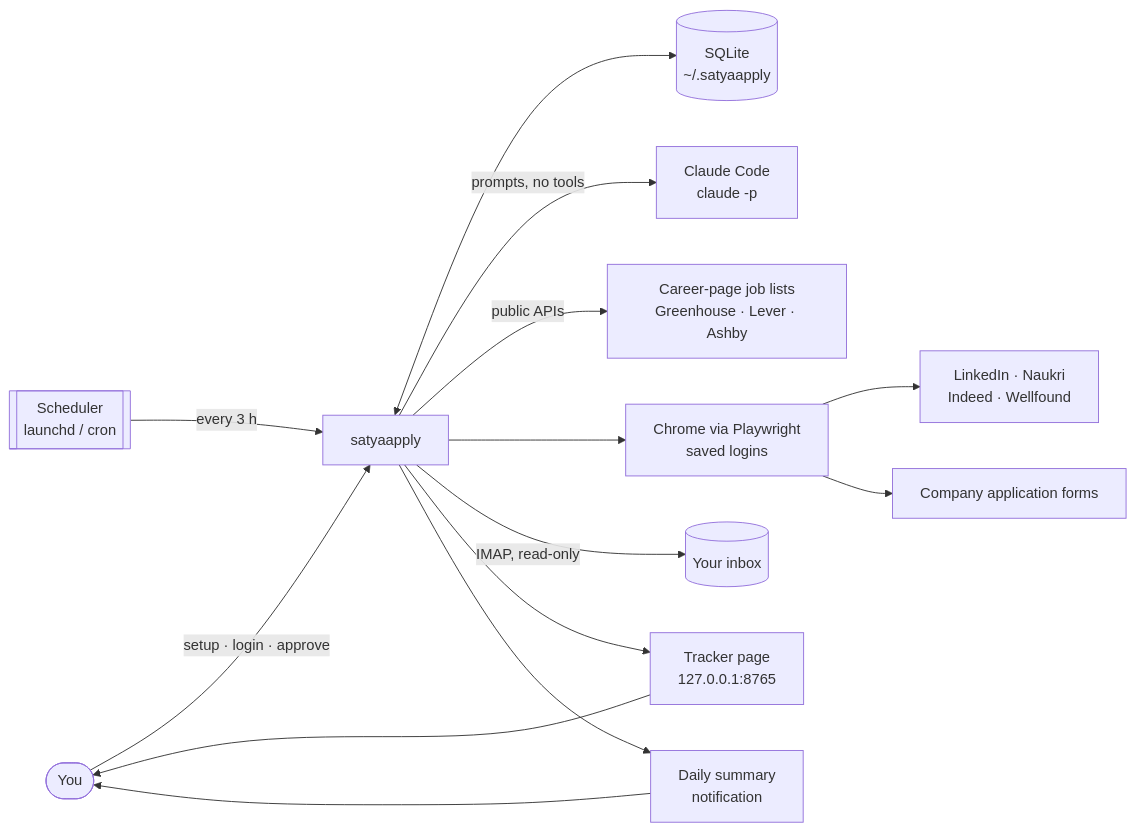
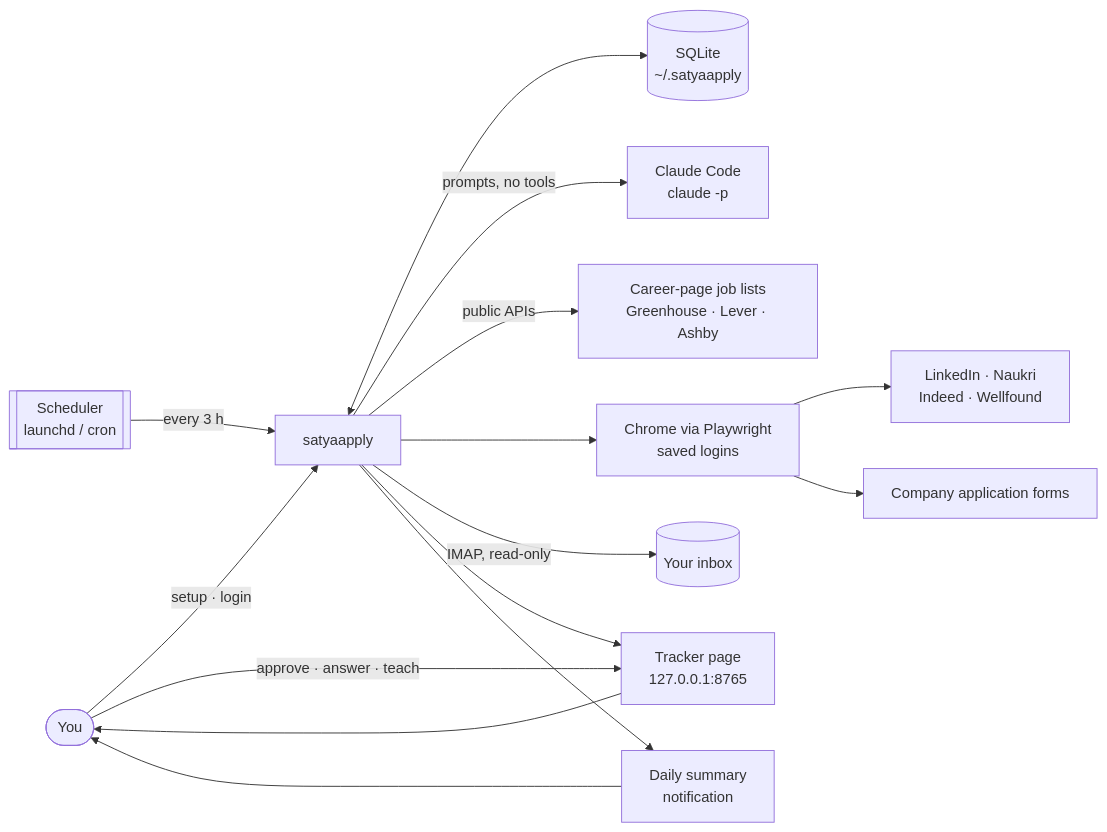
The diagram in docs/README.md (Avijit07x/truapply), drawn with Mermaid before and after one commit. The commit also changed other lines of this file and 44 other files, not shown here.

````diff
--- a/docs/README.md
+++ b/docs/README.md
@@ -7,16 +7,17 @@
 ```mermaid
 flowchart LR
-  user([You]) -- "setup · login · approve" --> cli[satyaapply]
+  user([You]) -- "setup · login" --> cli[satyaapply]
   sched[["Scheduler<br/>launchd / cron"]] -- "every 3 h" --> cli
   cli <--> store[("SQLite<br/>~/.satyaapply")]
   cli -- "prompts, no tools" --> ai["Claude Code<br/>claude -p"]
   cli -- "public APIs" --> api["Career-page job lists<br/>Greenhouse · Lever · Ashby"]
   cli --> browser["Chrome via Playwright<br/>saved logins"]
   browser --> sites["LinkedIn · Naukri<br/>Indeed · Wellfound"]
   browser --> forms["Company application forms"]
   cli -- "IMAP, read-only" --> mail[("Your inbox")]
   cli --> tracker["Tracker page<br/>127.0.0.1:8765"]
   cli --> notify["Daily summary<br/>notification"]
   tracker --> user
+  user -- "approve · answer · teach" --> tracker
   notify --> user
 ```
````
